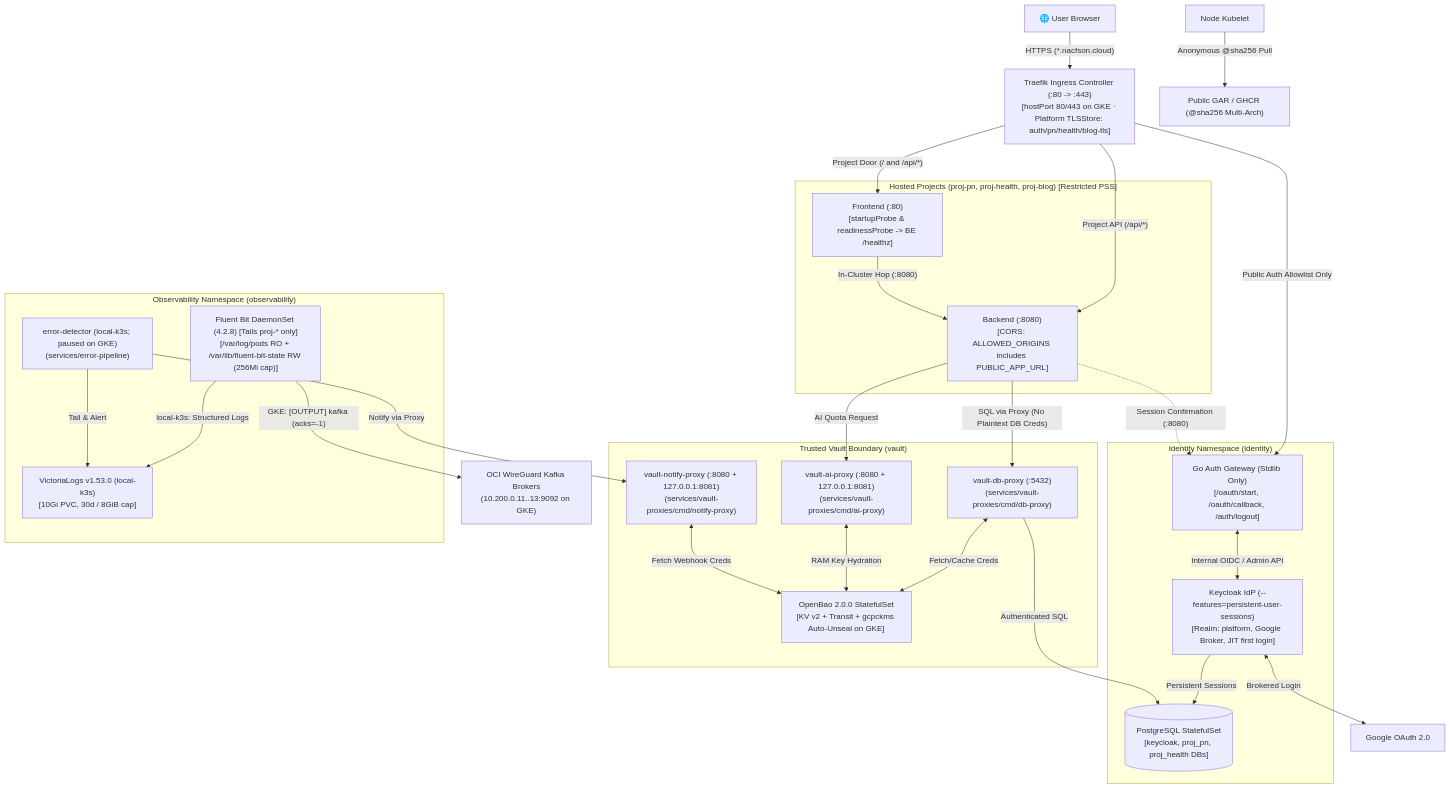
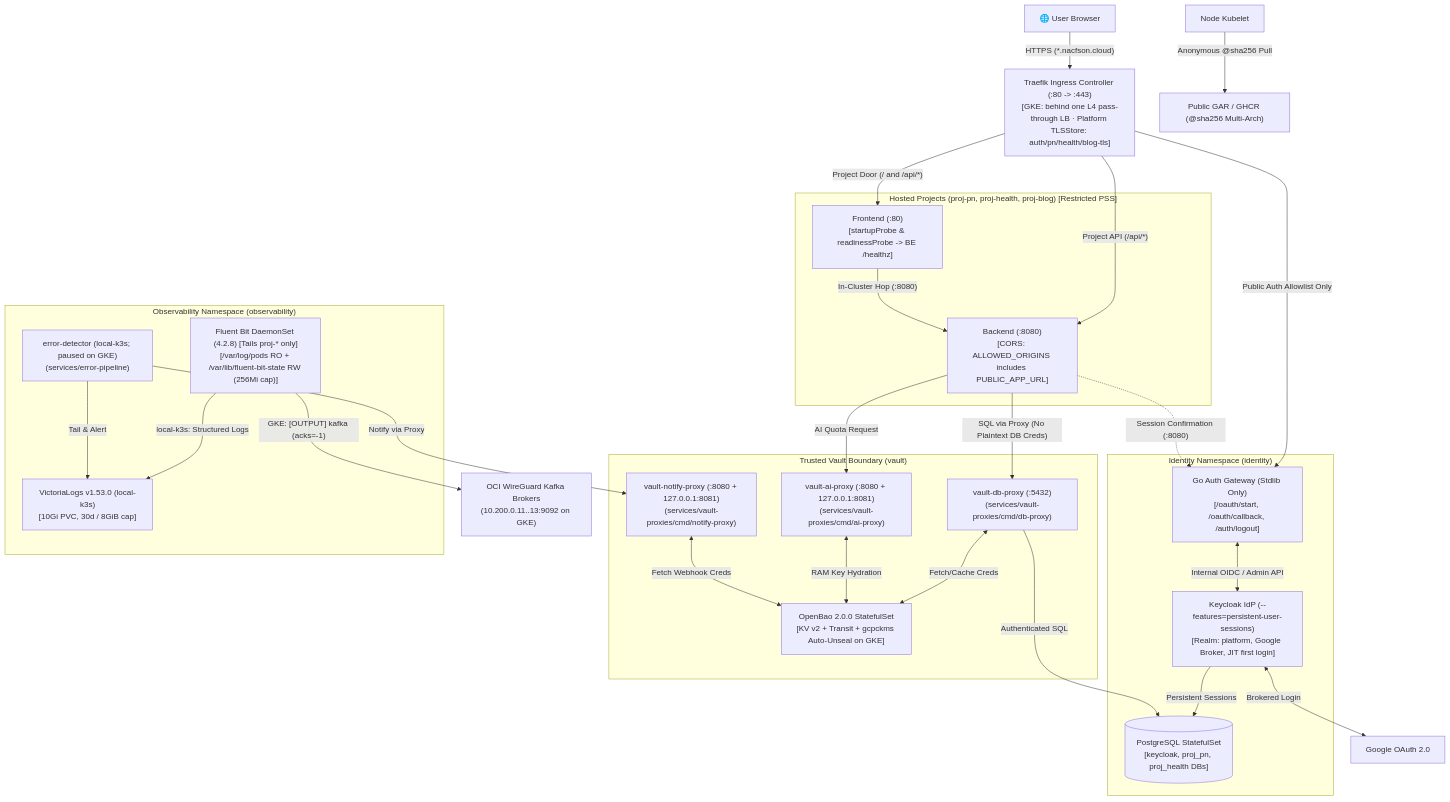
The first of 3 diagrams in ARCHITECTURE.md (nacfson/nacfson_pipeline), drawn with Mermaid before and after one commit. The commit also changed other lines of this file and 61 other files, not shown here.

````diff
--- a/ARCHITECTURE.md
+++ b/ARCHITECTURE.md
@@ -16,58 +16,58 @@
 ```mermaid
 flowchart TD
     Browser["🌐 User Browser"]
-    Traefik["Traefik Ingress Controller (:80 -> :443)<br/>[hostPort 80/443 on GKE · Platform TLSStore: auth/pn/health/blog-tls]"]
+    Traefik["Traefik Ingress Controller (:80 -> :443)<br/>[GKE: behind one L4 pass-through LB · Platform TLSStore: auth/pn/health/blog-tls]"]
 
     subgraph PlatformIdentity["Identity Namespace (identity)"]
         Gateway["Go Auth Gateway (Stdlib Only)<br/>[/oauth/start, /oauth/callback, /auth/logout]"]
         Keycloak["Keycloak IdP (--features=persistent-user-sessions)<br/>[Realm: platform, Google Broker, JIT first login]"]
         Postgres[("PostgreSQL StatefulSet<br/>[keycloak, proj_pn, proj_health DBs]")]
     end
 
     subgraph VaultBoundary["Trusted Vault Boundary (vault)"]
         OpenBao["OpenBao 2.0.0 StatefulSet<br/>[KV v2 + Transit + gcpckms Auto-Unseal on GKE]"]
         DBProxy["vault-db-proxy (:5432)<br/>(services/vault-proxies/cmd/db-proxy)"]
         AIProxy["vault-ai-proxy (:8080 + 127.0.0.1:8081)<br/>(services/vault-proxies/cmd/ai-proxy)"]
         NotifyProxy["vault-notify-proxy (:8080 + 127.0.0.1:8081)<br/>(services/vault-proxies/cmd/notify-proxy)"]
     end
 
     subgraph ObservabilityNS["Observability Namespace (observability)"]
         FB["Fluent Bit DaemonSet (4.2.8) [Tails proj-* only]<br/>[/var/log/pods RO + /var/lib/fluent-bit-state RW (256Mi cap)]"]
         VictoriaLogs["VictoriaLogs v1.53.0 (local-k3s)<br/>[10Gi PVC, 30d / 8GiB cap]"]
         ErrorDetector["error-detector (local-k3s; paused on GKE)<br/>(services/error-pipeline)"]
     end
 
     subgraph ProjectPN["Hosted Projects (proj-pn, proj-health, proj-blog) [Restricted PSS]"]
         FE["Frontend (:80)<br/>[startupProbe & readinessProbe -> BE /healthz]"]
         BE["Backend (:8080)<br/>[CORS: ALLOWED_ORIGINS includes PUBLIC_APP_URL]"]
     end
 
     Google["Google OAuth 2.0"]
     GAR["Public GAR / GHCR (@sha256 Multi-Arch)"]
     OCIKafka["OCI WireGuard Kafka Brokers<br/>(10.200.0.11..13:9092 on GKE)"]
 
     Browser -->|"HTTPS (*.nacfson.cloud)"| Traefik
     Traefik -->|"Project Door (/ and /api/*)"| FE
     Traefik -->|"Project API (/api/*)"| BE
     Traefik -->|"Public Auth Allowlist Only"| Gateway
 
     FE -->|"In-Cluster Hop (:8080)"| BE
     BE -.->|"Session Confirmation (:8080)"| Gateway
     Gateway <-->|"Internal OIDC / Admin API"| Keycloak
     Keycloak <-->|"Brokered Login"| Google
     Keycloak -->|"Persistent Sessions"| Postgres
 
     BE -->|"SQL via Proxy (No Plaintext DB Creds)"| DBProxy
     DBProxy <-->|"Fetch/Cache Creds"| OpenBao
     DBProxy -->|"Authenticated SQL"| Postgres
 
     BE -->|"AI Quota Request"| AIProxy
     AIProxy <-->|"RAM Key Hydration"| OpenBao
 
     Kubelet["Node Kubelet"] -->|"Anonymous @sha256 Pull"| GAR
     FB -->|"GKE: [OUTPUT] kafka (acks=-1)"| OCIKafka
     FB -->|"local-k3s: Structured Logs"| VictoriaLogs
     ErrorDetector -->|"Tail & Alert"| VictoriaLogs
     ErrorDetector -->|"Notify via Proxy"| NotifyProxy
     NotifyProxy <-->|"Fetch Webhook Creds"| OpenBao
 ```
````
